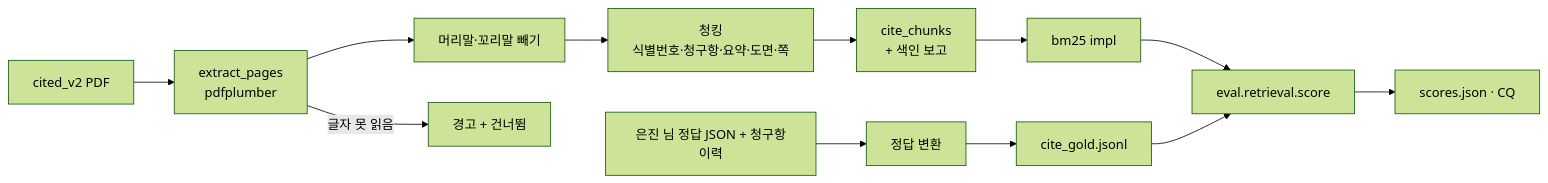
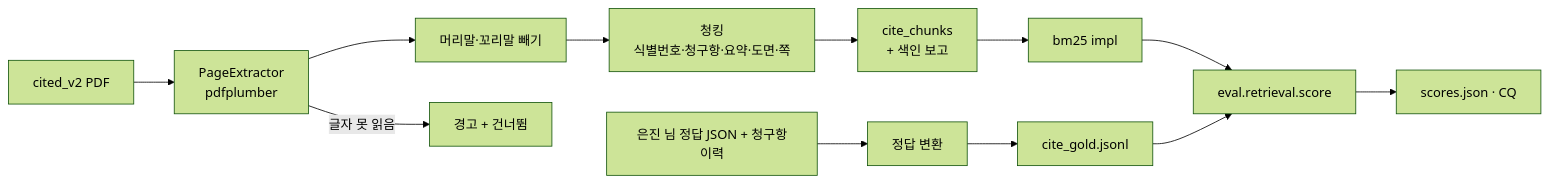
The diagram in docs/features/cite-search/design.md (merge-mates/patent-ai-workspace), drawn with Mermaid (forest theme) before and after one commit. The commit also changed other lines of this file and 6 other files, not shown here.

````diff
--- a/docs/features/cite-search/design.md
+++ b/docs/features/cite-search/design.md
@@ -24,8 +24,8 @@
 ```mermaid
 flowchart LR
-    A[cited_v2 PDF] --> B[extract_pages<br/>pdfplumber] --> C[머리말·꼬리말 빼기] --> D[청킹<br/>식별번호·청구항·요약·도면·쪽] --> E[cite_chunks<br/>+ 색인 보고]
+    A[cited_v2 PDF] --> B[PageExtractor<br/>pdfplumber] --> C[머리말·꼬리말 빼기] --> D[청킹<br/>식별번호·청구항·요약·도면·쪽] --> E[cite_chunks<br/>+ 색인 보고]
     G[은진 님 정답 JSON + 청구항이력] --> H[정답 변환] --> I[cite_gold.jsonl]
     E --> J[bm25 impl] --> K[eval.retrieval.score] --> L[scores.json · CQ]
     I --> K
     B -- 글자 못 읽음 --> X[경고 + 건너뜀]
 ```
````
